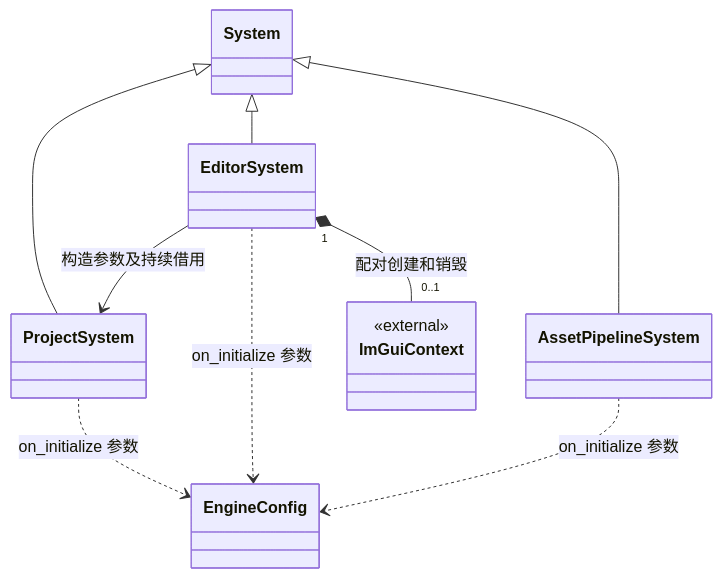
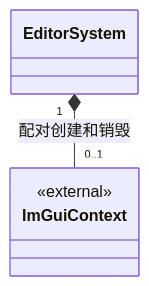
Before and after one commit to lcals/Engine: diagram 14 of 14 in docs/class-diagrams/references.md, drawn with Mermaid. The commit also changed other lines of this file and 53 other files, not shown here.

````diff
--- a/docs/class-diagrams/references.md
+++ b/docs/class-diagrams/references.md
@@ -186,20 +347,9 @@
 ```mermaid
 classDiagram
     direction TB
-    class System
-    class EngineConfig
-    class ProjectSystem
     class EditorSystem
-    class AssetPipelineSystem
     class ImGuiContext {
         <<external>>
     }
-    System <|-- ProjectSystem
-    System <|-- EditorSystem
-    System <|-- AssetPipelineSystem
-    ProjectSystem ..> EngineConfig : on_initialize 参数
-    EditorSystem --> ProjectSystem : 构造参数及持续借用
-    EditorSystem ..> EngineConfig : on_initialize 参数
-    AssetPipelineSystem ..> EngineConfig : on_initialize 参数
     EditorSystem "1" *-- "0..1" ImGuiContext : 配对创建和销毁
 ```
````
